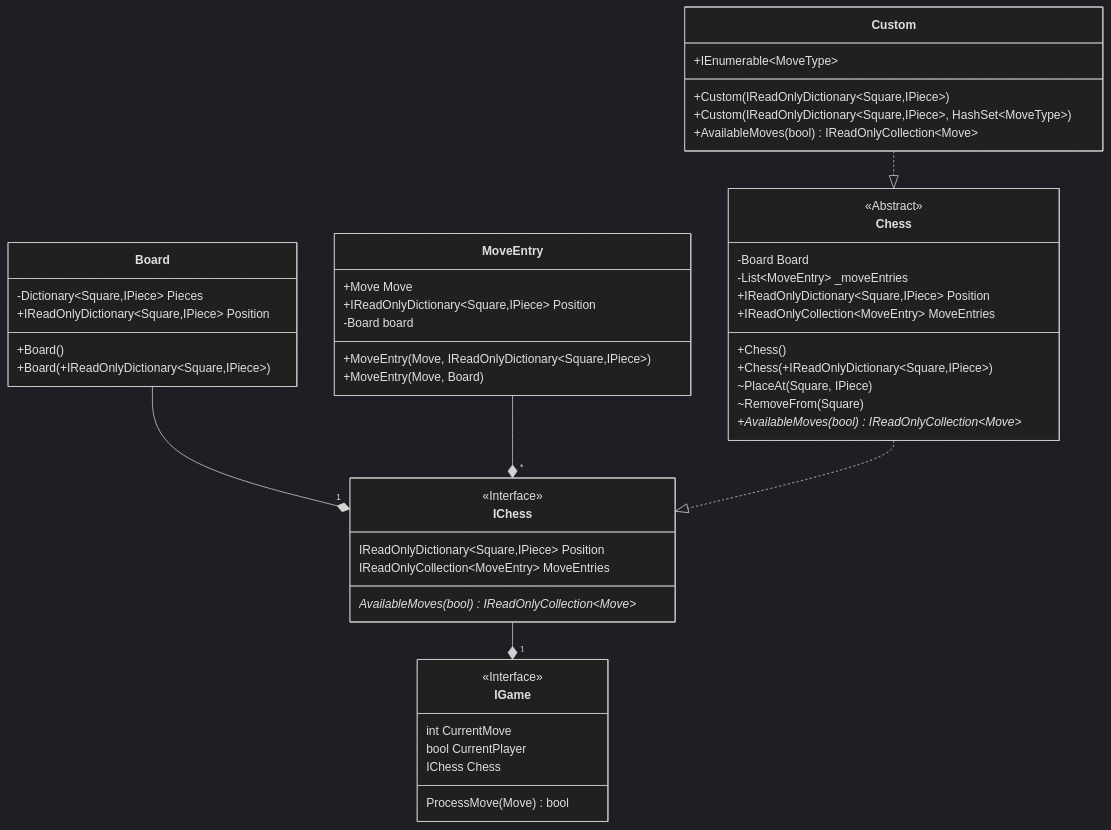
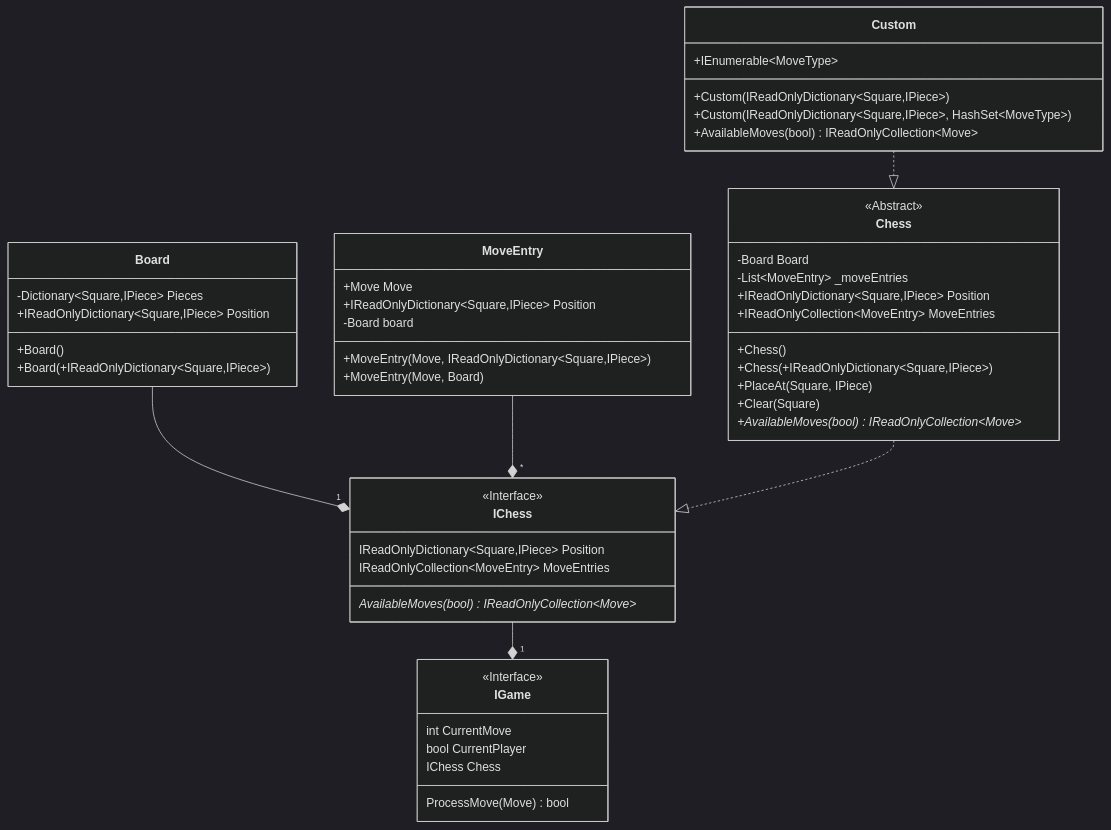
One commit to JeanLColombo/Mate changed the diagram in UML Diagram/Core/Game.md. Above: the diagram before and after it, drawn with Mermaid (dark theme). The commit also changed 8 other files, not shown here.

````diff
--- a/UML Diagram/Core/Game.md
+++ b/UML Diagram/Core/Game.md
@@ -1,52 +1,52 @@
 ```mermaid
     classDiagram
     class IChess{
         <<Interface>>
         IReadOnlyDictionary~Square,IPiece~ Position
         IReadOnlyCollection~MoveEntry~ MoveEntries
         AvailableMoves(bool)* IReadOnlyCollection~Move~
     }
     class IGame{
         <<Interface>>
         int CurrentMove
         bool CurrentPlayer
         IChess Chess
         ProcessMove(Move) bool
     }
     class Chess{
         <<Abstract>>
         -Board Board
         -List~MoveEntry~ _moveEntries
         +IReadOnlyDictionary~Square,IPiece~ Position
         +IReadOnlyCollection~MoveEntry~ MoveEntries
         +Chess()
         +Chess(+IReadOnlyDictionary~Square,IPiece~)
-        ~PlaceAt(Square, IPiece) 
-        ~RemoveFrom(Square)
+        +PlaceAt(Square, IPiece) 
+        +Clear(Square)
         +AvailableMoves(bool)* IReadOnlyCollection~Move~
     }
     class Board{
         -Dictionary~Square,IPiece~ Pieces
         +IReadOnlyDictionary~Square,IPiece~ Position 
         +Board()
         +Board(+IReadOnlyDictionary~Square,IPiece~)
     }
     class MoveEntry{
         +Move Move
         +IReadOnlyDictionary~Square,IPiece~ Position
         -Board board
         +MoveEntry(Move, IReadOnlyDictionary~Square,IPiece~)
         +MoveEntry(Move, Board)
     }
     class Custom{
         +IEnumerable~MoveType~
         +Custom(IReadOnlyDictionary~Square,IPiece~)
         +Custom(IReadOnlyDictionary~Square,IPiece~, HashSet~MoveType~)
         +AvailableMoves(bool) IReadOnlyCollection~Move~
     }
     Board --* "1" IChess
     MoveEntry --* "*" IChess
     Chess ..|> IChess
     IChess --* "1" IGame
     Custom ..|> Chess
 ```
````
